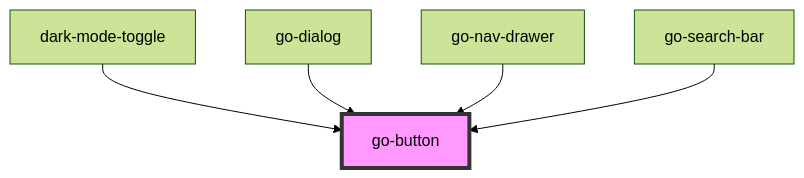
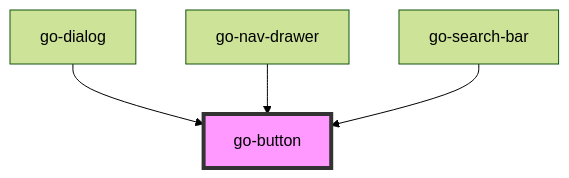
One commit to getgoui/go-ui changed the diagram in src/components/go-button/readme.md. Above: the diagram before and after it, drawn with Mermaid (forest theme). The commit also changed other lines of this file and 9 other files, not shown here.

````diff
--- a/src/components/go-button/readme.md
+++ b/src/components/go-button/readme.md
@@ -42,8 +41,7 @@
 ```mermaid
 graph TD;
-  dark-mode-toggle --> go-button
   go-dialog --> go-button
   go-nav-drawer --> go-button
   go-search-bar --> go-button
   style go-button fill:#f9f,stroke:#333,stroke-width:4px
 ```
````
